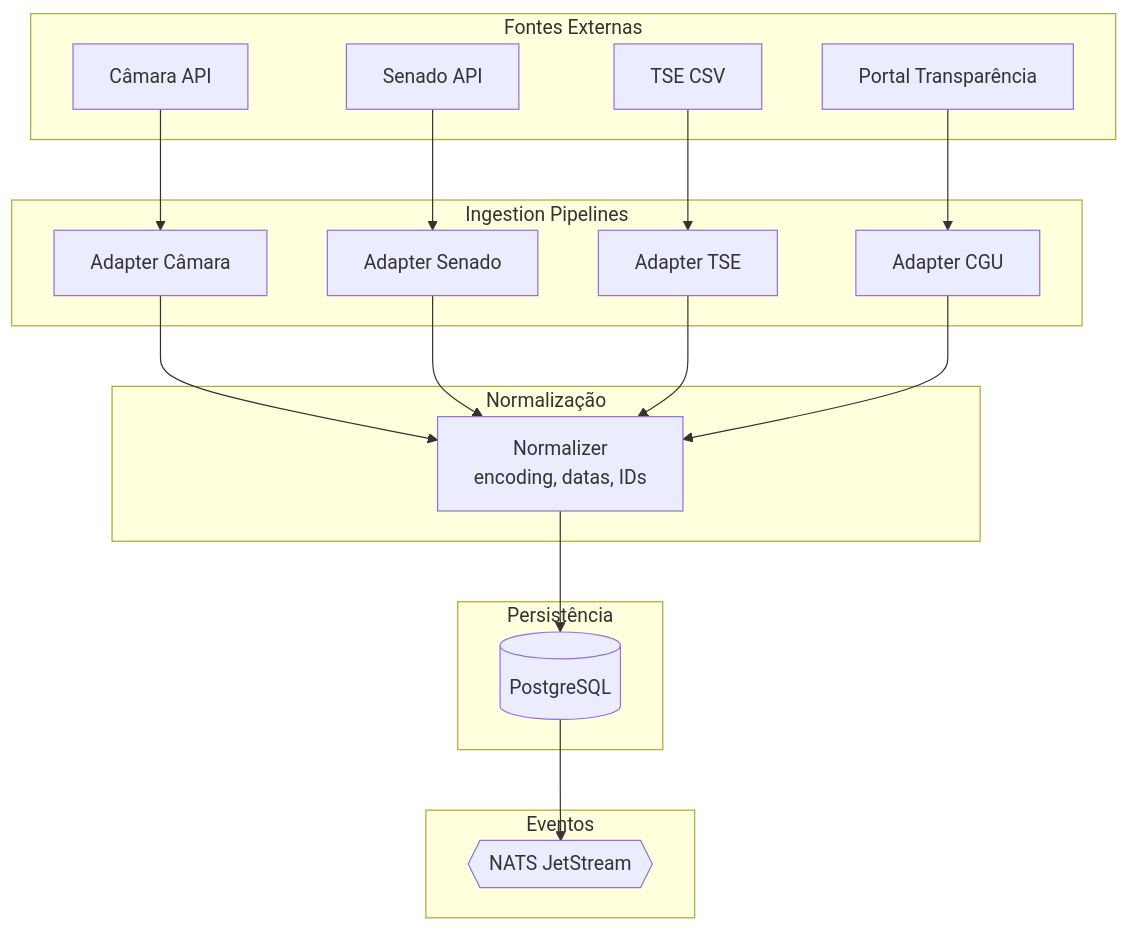
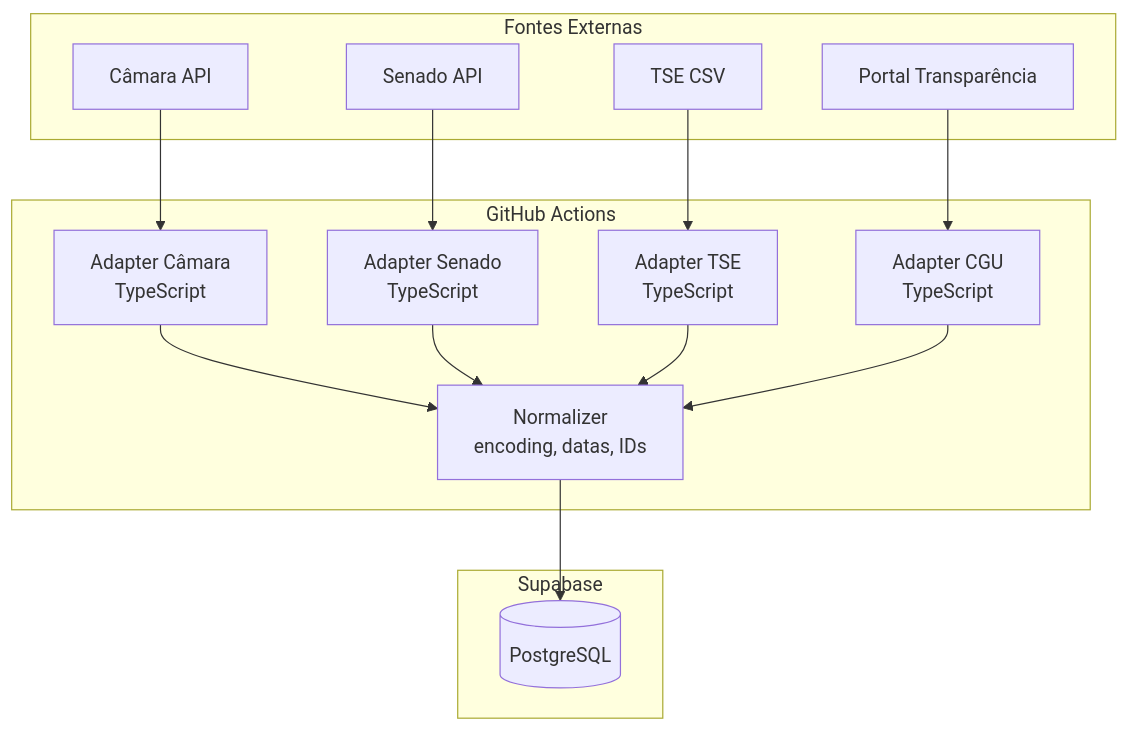
Before and after one commit to FabioCaffarello/brasil-a-vera: the diagram in docs/architecture/DATA-SOURCES.md, drawn with Mermaid. The commit also changed other lines of this file and 16 other files, not shown here.

First line of the commit message:
docs(architecture): apply Monolith First decisions across all documentation

````diff
--- a/docs/architecture/DATA-SOURCES.md
+++ b/docs/architecture/DATA-SOURCES.md
@@ -163,41 +165,33 @@
 ```mermaid
 flowchart TD
     subgraph Fontes Externas
         CAM[Câmara API]
         SEN[Senado API]
         TSE[TSE CSV]
         CGU[Portal Transparência]
     end
 
-    subgraph Ingestion Pipelines
-        AC[Adapter Câmara]
-        AS[Adapter Senado]
-        AT[Adapter TSE]
-        ACGU[Adapter CGU]
-    end
-
-    subgraph Normalização
+    subgraph "GitHub Actions"
+        AC[Adapter Câmara<br/>TypeScript]
+        AS[Adapter Senado<br/>TypeScript]
+        AT[Adapter TSE<br/>TypeScript]
+        ACGU[Adapter CGU<br/>TypeScript]
         NORM[Normalizer<br/>encoding, datas, IDs]
     end
 
-    subgraph Persistência
+    subgraph "Supabase"
         PG[(PostgreSQL)]
-    end
-
-    subgraph Eventos
-        EB{{NATS JetStream}}
     end
 
     CAM --> AC
     SEN --> AS
     TSE --> AT
     CGU --> ACGU
 
     AC --> NORM
     AS --> NORM
     AT --> NORM
     ACGU --> NORM
 
     NORM --> PG
-    PG --> EB
 ```
````
